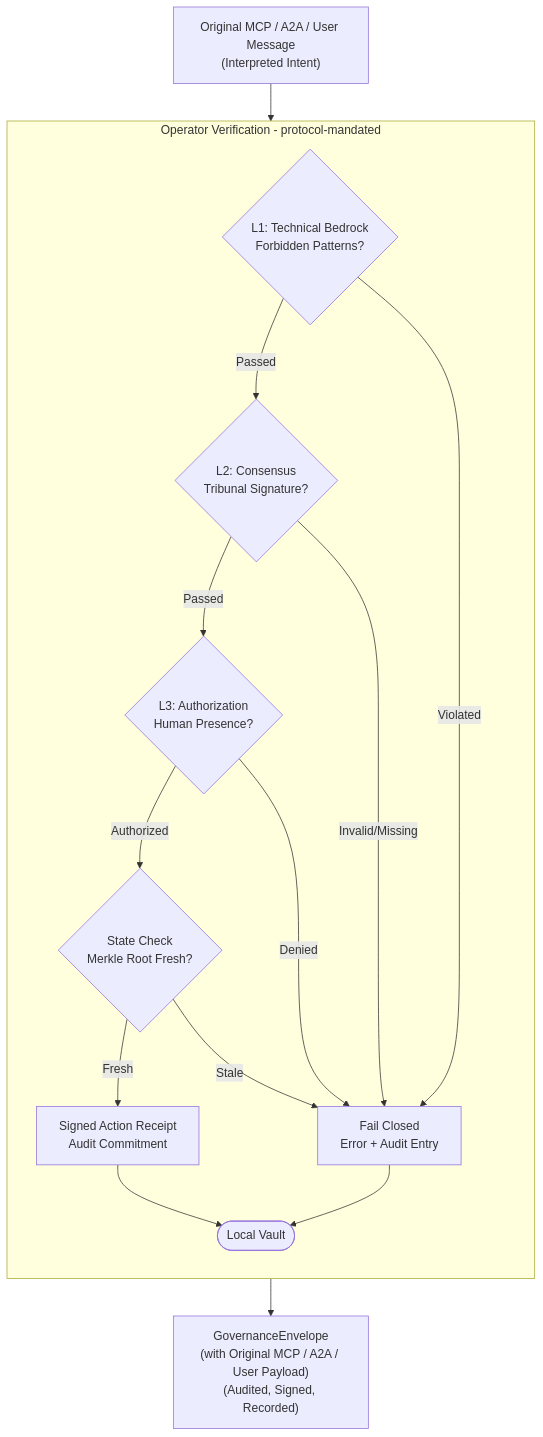
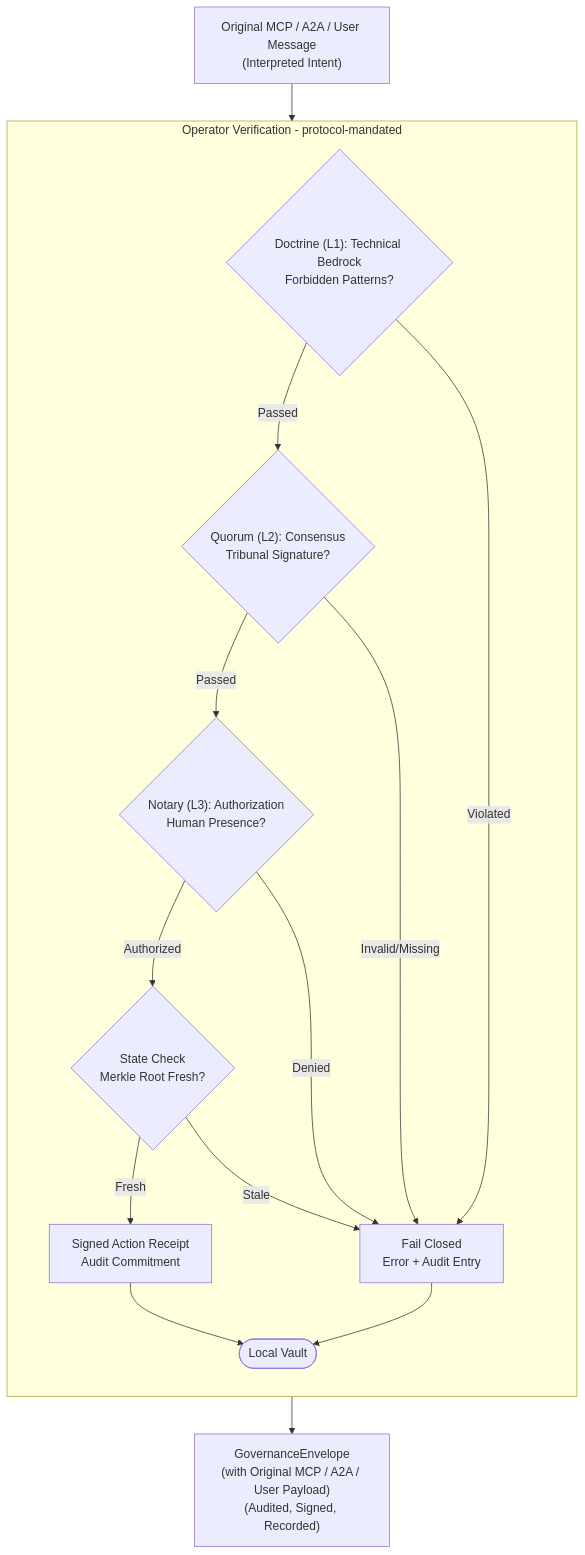
One commit to g8e-ai/g8e changed the second of 3 diagrams in README.md. Above: the diagram before and after it, drawn with Mermaid. The commit also changed other lines of this file and 65 other files, not shown here.

````diff
--- a/README.md
+++ b/README.md
@@ -56,36 +56,36 @@
 ```mermaid
 graph TD
     Start["Original MCP / A2A / User Message<br/>(Interpreted Intent)"]
 
     subgraph Verification ["Operator Verification - protocol-mandated"]
         direction TB
-        L1{"L1: Technical Bedrock<br/>Forbidden Patterns?"}
-        L2{"L2: Consensus<br/>Tribunal Signature?"}
-        L3{"L3: Authorization<br/>Human Presence?"}
+        L1{"Doctrine (L1): Technical Bedrock<br/>Forbidden Patterns?"}
+        L2{"Quorum (L2): Consensus<br/>Tribunal Signature?"}
+        L3{"Notary (L3): Authorization<br/>Human Presence?"}
         State{"State Check<br/>Merkle Root Fresh?"}
         
         FailClosed["Fail Closed<br/>Error + Audit Entry"]
-        Warden["Signed Action Receipt<br/>Audit Commitment"]
+        Actuator["Signed Action Receipt<br/>Audit Commitment"]
         LocalVault([Local Vault])
 
         L1 -- "Passed" --> L2
         L1 -- "Violated" ----> FailClosed
         
         L2 -- "Passed" --> L3
         L2 -- "Invalid/Missing" ---> FailClosed
         
         L3 -- "Authorized" --> State
         L3 -- "Denied" --> FailClosed
         
-        State -- "Fresh" --> Warden
+        State -- "Fresh" --> Actuator
         State -- "Stale" --> FailClosed
 
-        Warden --> LocalVault
+        Actuator --> LocalVault
         FailClosed --> LocalVault
     end
 
     LocalVault --> Destination["GovernanceEnvelope<br/>(with Original MCP / A2A / User Payload)<br/>(Audited, Signed, Recorded)"]
 
     Start --> L1
 
 ```
````
